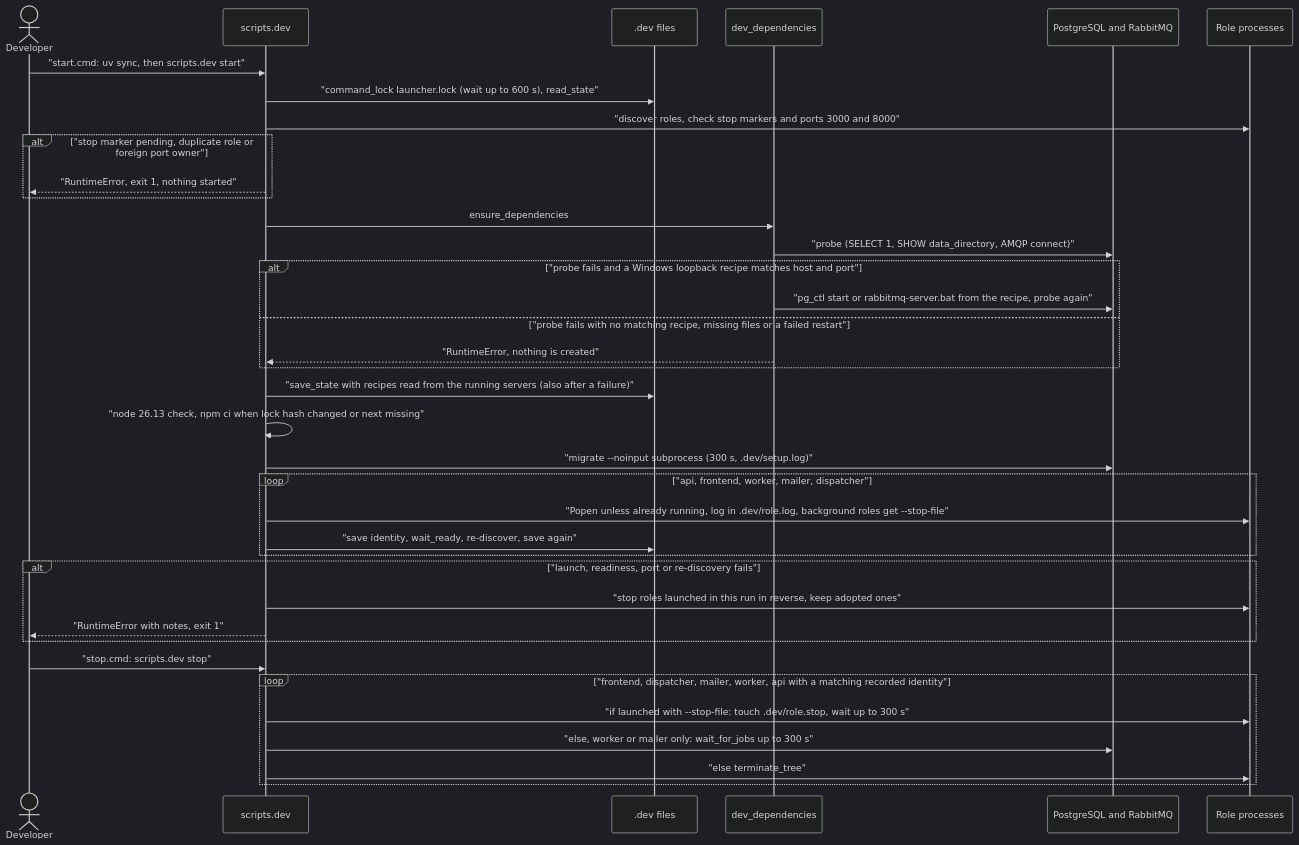
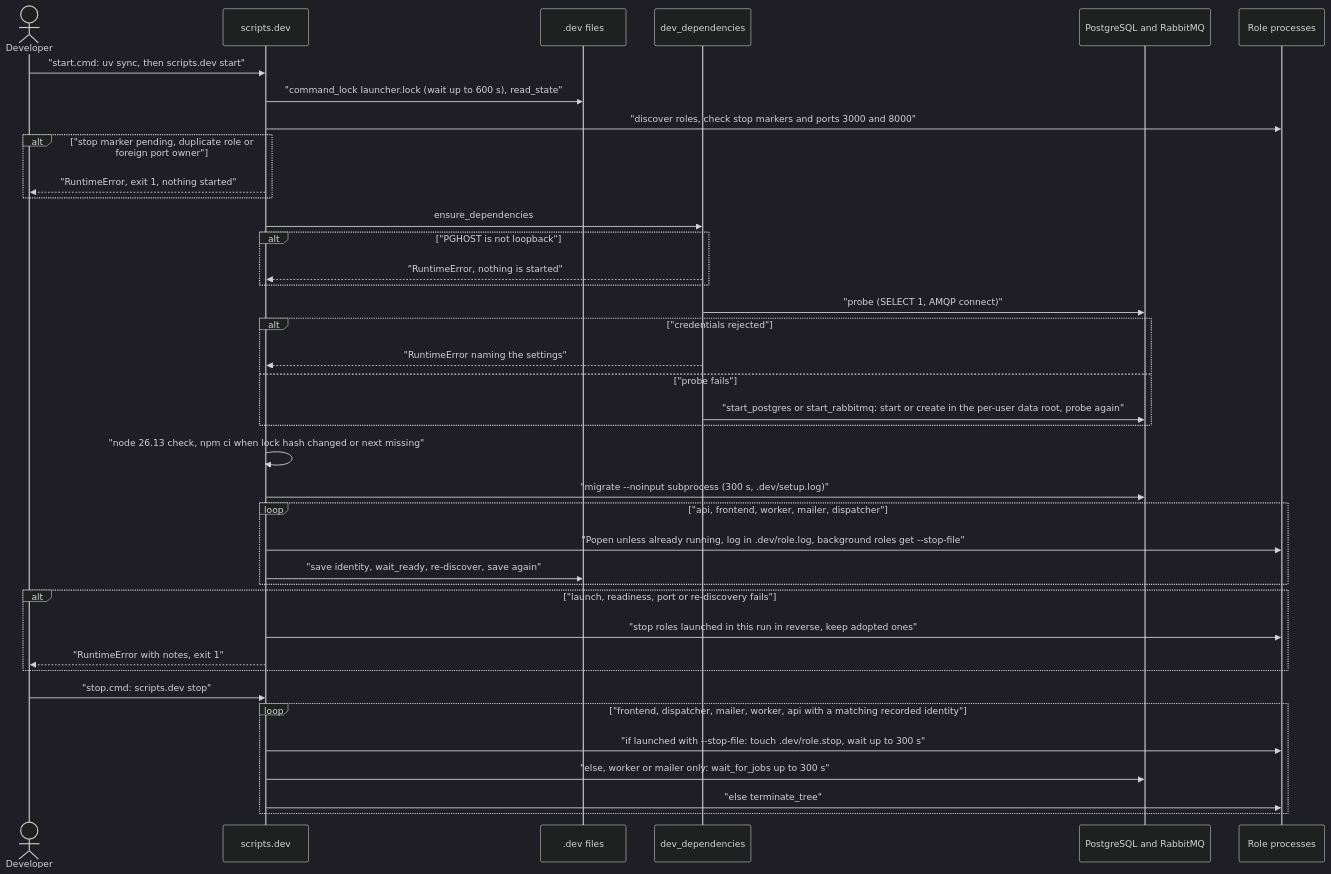
Before and after one commit to erkurtharun/pyracast: the diagram in docs/flows/local-dev-stack.md, drawn with Mermaid (dark theme). The commit also changed other lines of this file and 36 other files, not shown here.

````diff
--- a/docs/flows/local-dev-stack.md
+++ b/docs/flows/local-dev-stack.md
@@ -13,39 +13,41 @@
 ```mermaid
 sequenceDiagram
     actor Dev as Developer
     participant L as scripts.dev
     participant F as .dev files
     participant D as dev_dependencies
     participant X as PostgreSQL and RabbitMQ
     participant R as Role processes
     Dev->>L: "start.cmd: uv sync, then scripts.dev start"
     L->>F: "command_lock launcher.lock (wait up to 600 s), read_state"
     L->>R: "discover roles, check stop markers and ports 3000 and 8000"
     alt "stop marker pending, duplicate role or foreign port owner"
         L-->>Dev: "RuntimeError, exit 1, nothing started"
     end
     L->>D: ensure_dependencies
-    D->>X: "probe (SELECT 1, SHOW data_directory, AMQP connect)"
-    alt "probe fails and a Windows loopback recipe matches host and port"
-        D->>X: "pg_ctl start or rabbitmq-server.bat from the recipe, probe again"
-    else "probe fails with no matching recipe, missing files or a failed restart"
-        D-->>L: "RuntimeError, nothing is created"
+    alt "PGHOST is not loopback"
+        D-->>L: "RuntimeError, nothing is started"
     end
-    L->>F: "save_state with recipes read from the running servers (also after a failure)"
+    D->>X: "probe (SELECT 1, AMQP connect)"
+    alt "credentials rejected"
+        D-->>L: "RuntimeError naming the settings"
+    else "probe fails"
+        D->>X: "start_postgres or start_rabbitmq: start or create in the per-user data root, probe again"
+    end
     L->>L: "node 26.13 check, npm ci when lock hash changed or next missing"
     L->>X: "migrate --noinput subprocess (300 s, .dev/setup.log)"
     loop "api, frontend, worker, mailer, dispatcher"
         L->>R: "Popen unless already running, log in .dev/role.log, background roles get --stop-file"
         L->>F: "save identity, wait_ready, re-discover, save again"
     end
     alt "launch, readiness, port or re-discovery fails"
         L->>R: "stop roles launched in this run in reverse, keep adopted ones"
         L-->>Dev: "RuntimeError with notes, exit 1"
     end
     Dev->>L: "stop.cmd: scripts.dev stop"
     loop "frontend, dispatcher, mailer, worker, api with a matching recorded identity"
         L->>R: "if launched with --stop-file: touch .dev/role.stop, wait up to 300 s"
         L->>X: "else, worker or mailer only: wait_for_jobs up to 300 s"
         L->>R: "else terminate_tree"
     end
 ```
````
